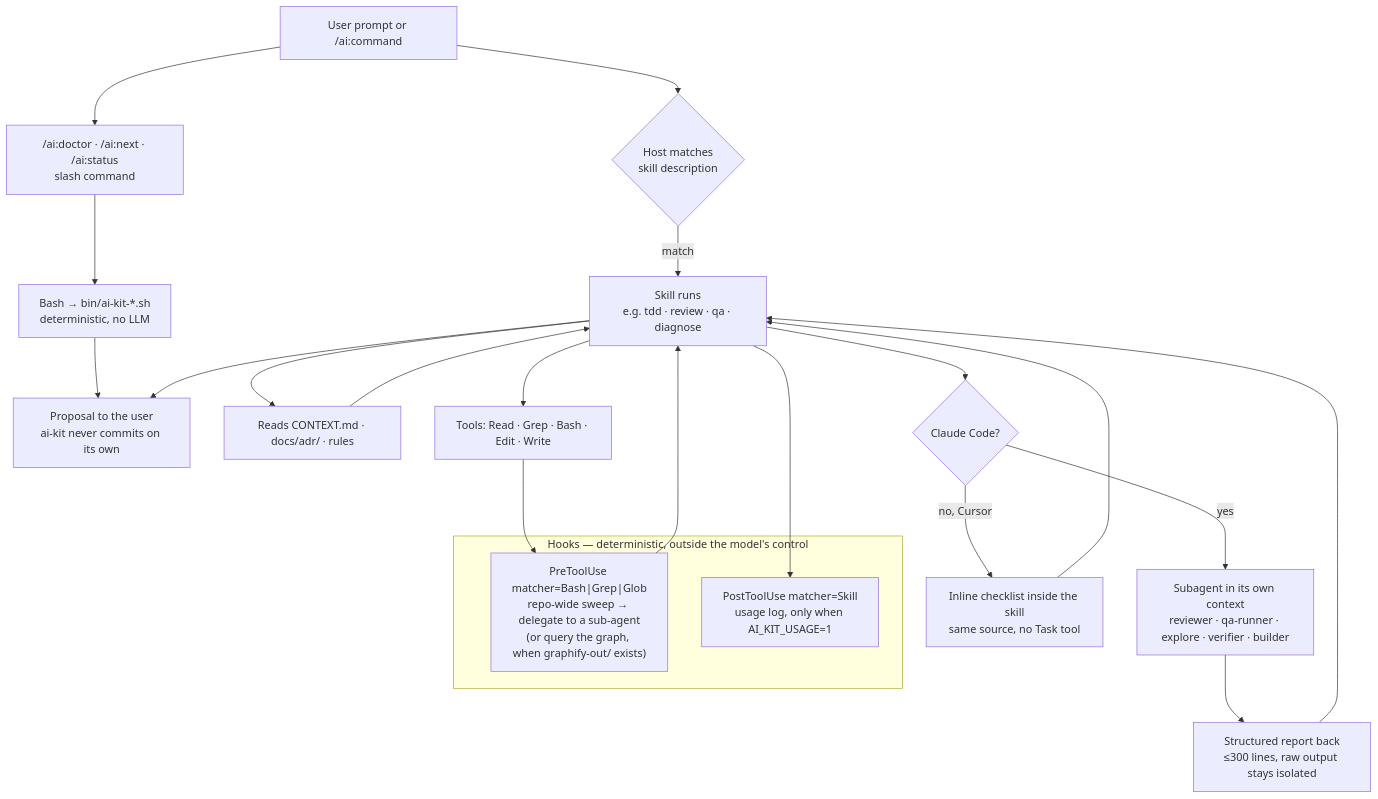
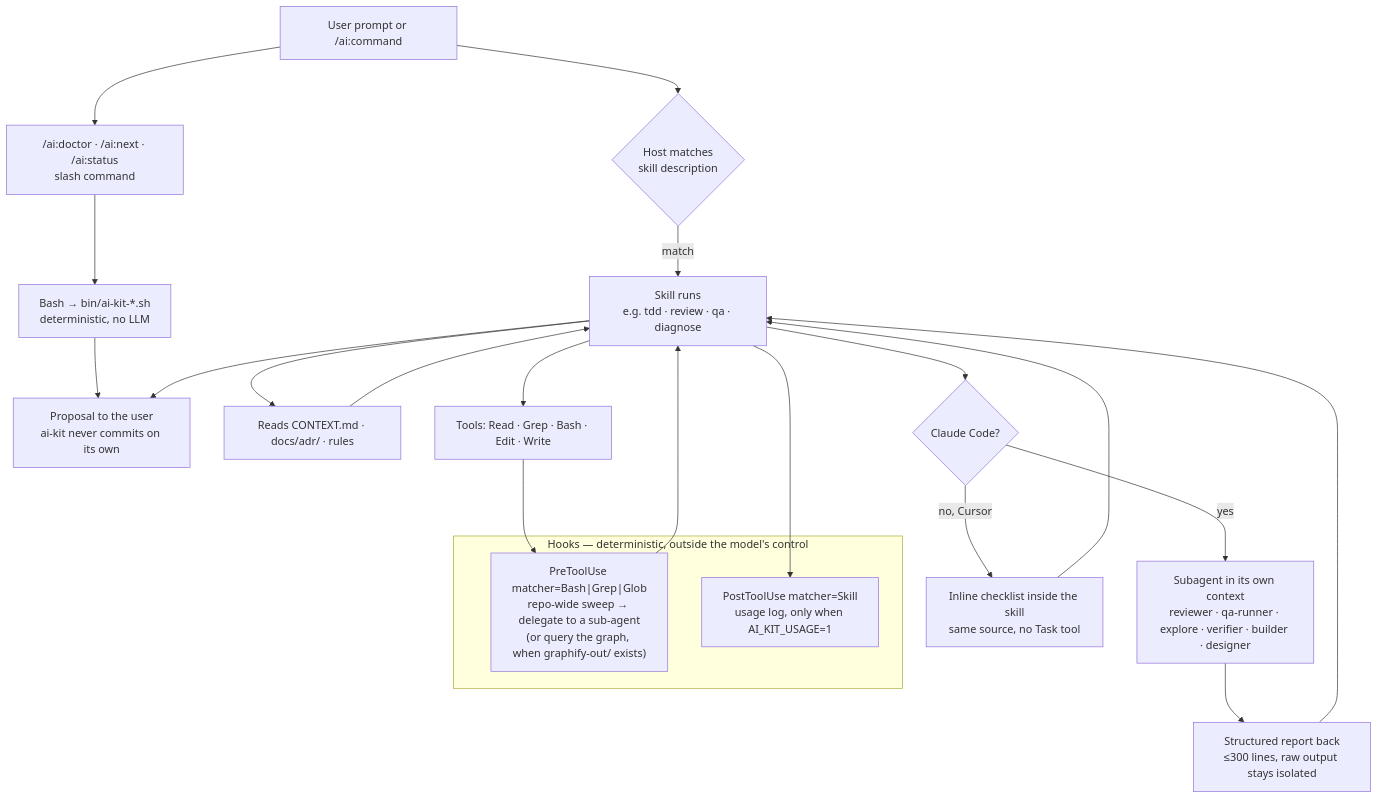
One commit to yusufkaracaburun/ai-kit changed the second of 2 diagrams in docs/diagrams.md. Above: the diagram before and after it, drawn with Mermaid. The commit also changed other lines of this file and 18 other files, not shown here.

First line of the commit message:
feat(skills): design-to-code skill with designer subagent (#106)

````diff
--- a/docs/diagrams.md
+++ b/docs/diagrams.md
@@ -60,35 +60,35 @@
 ```mermaid
 flowchart TD
   U["User prompt or /ai:command"]
 
   U --> SEL{"Host matches<br/>skill description"}
   U --> CMD["/ai:doctor · /ai:next · /ai:status<br/>slash command"]
 
   SEL -->|match| SK["Skill runs<br/>e.g. tdd · review · qa · diagnose"]
   CMD --> BIN["Bash → bin/ai-kit-*.sh<br/>deterministic, no LLM"]
   BIN --> OUT
 
   SK --> CTX["Reads CONTEXT.md · docs/adr/ · rules"]
   CTX --> SK
 
   SK --> TOOL["Tools: Read · Grep · Bash · Edit · Write"]
   SK --> DEL{"Claude Code?"}
 
-  DEL -->|yes| SUB["Subagent in its own context<br/>reviewer · qa-runner · explore · verifier · builder"]
+  DEL -->|yes| SUB["Subagent in its own context<br/>reviewer · qa-runner · explore · verifier · builder · designer"]
   DEL -->|no, Cursor| INL["Inline checklist inside the skill<br/>same source, no Task tool"]
 
   SUB --> REP["Structured report back<br/>≤300 lines, raw output stays isolated"]
   REP --> SK
   INL --> SK
 
   TOOL --> HK1
   SK --> HK2
 
   subgraph HOOKS["Hooks — deterministic, outside the model's control"]
     HK1["PreToolUse matcher=Bash|Grep|Glob<br/>repo-wide sweep → delegate to a sub-agent<br/>(or query the graph, when graphify-out/ exists)"]
     HK2["PostToolUse matcher=Skill<br/>usage log, only when AI_KIT_USAGE=1"]
   end
 
   HK1 --> SK
   SK --> OUT["Proposal to the user<br/>ai-kit never commits on its own"]
 ```
````
